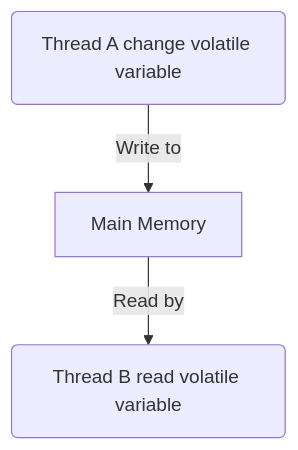
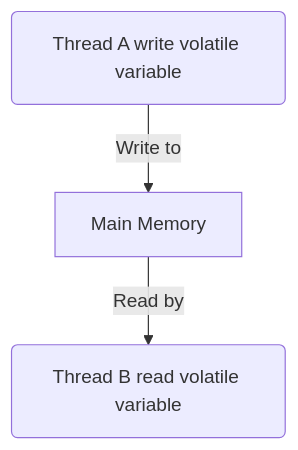
Before and after one commit to WillXing/WillXing.github.io: the diagram in java/volatile.md, drawn with Mermaid.

Commit message:
change diagram to test action

````diff
--- a/java/volatile.md
+++ b/java/volatile.md
@@ -19,5 +19,5 @@
 ```mermaid
 graph TD;
-  A(Thread A change volatile variable) -->|Write to| B[Main Memory];
+  A(Thread A write volatile variable) -->|Write to| B[Main Memory];
   B -->|Read by| C(Thread B read volatile variable)
 ```
````
